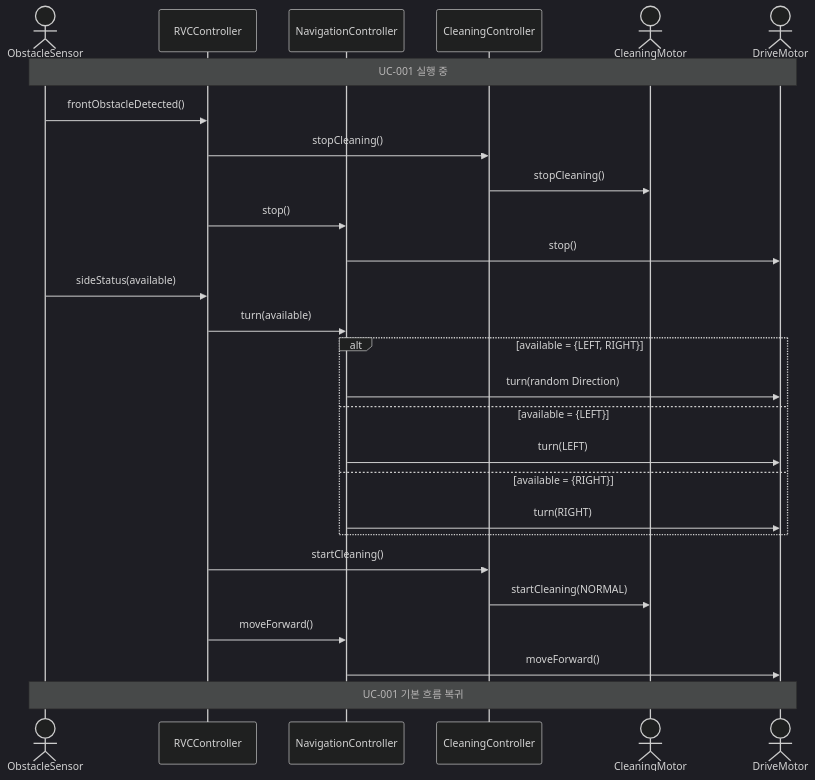
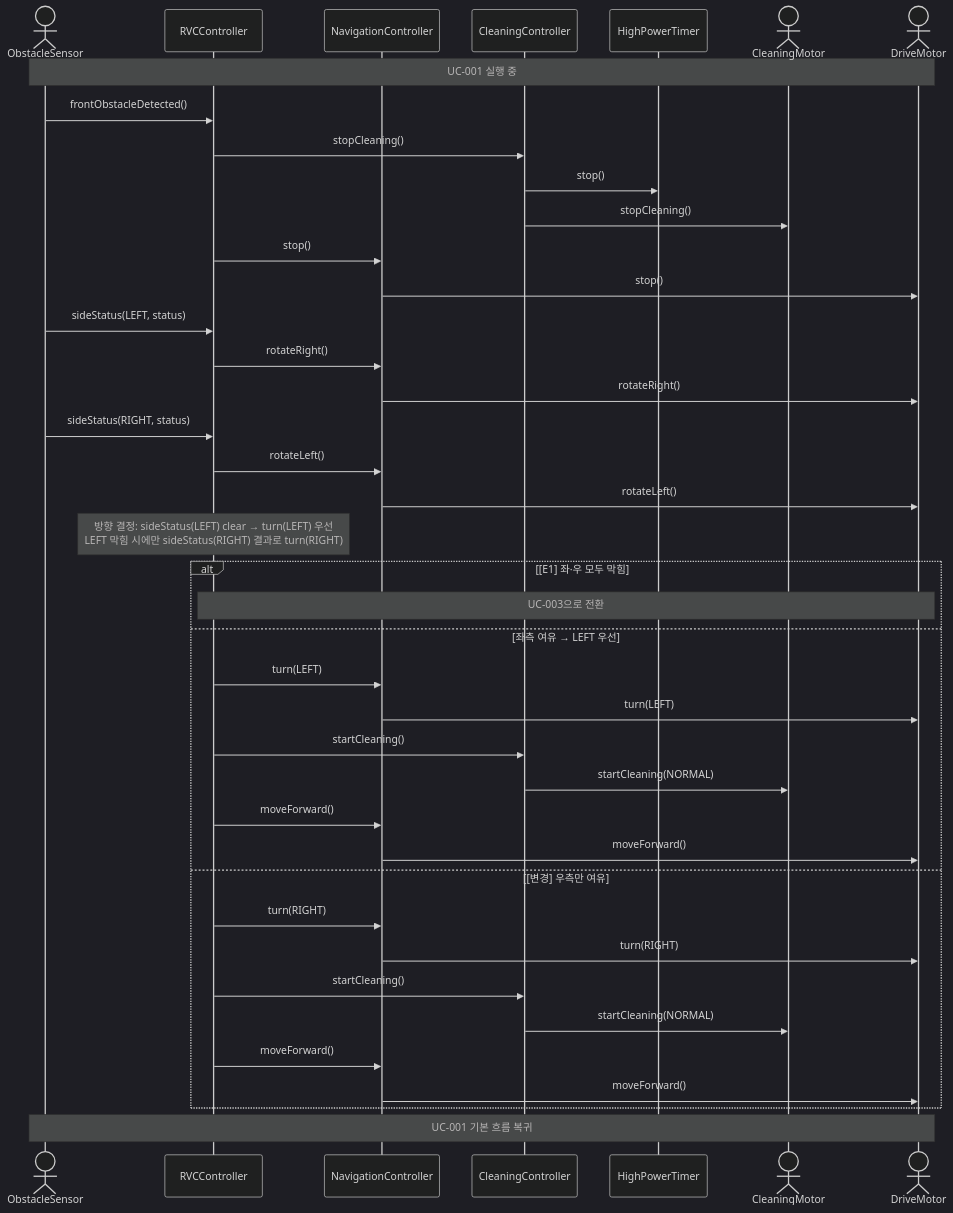
The diagram in arch/design/sd/SD-002.md (Jae-ah/RVC-CONTROLLER), drawn with Mermaid (dark theme) before and after one commit. The commit also changed other lines of this file and 32 other files, not shown here.

````diff
--- a/arch/design/sd/SD-002.md
+++ b/arch/design/sd/SD-002.md
@@ -8,35 +8,47 @@
 ```mermaid
 sequenceDiagram
     actor OS as ObstacleSensor
     participant RVC as RVCController
     participant NAV as NavigationController
     participant CLN as CleaningController
+    participant TMR as HighPowerTimer
     actor CM as CleaningMotor
     actor DM as DriveMotor
-
     Note over OS,DM: UC-001 실행 중
 
     OS->>RVC: frontObstacleDetected()
     RVC->>CLN: stopCleaning()
+    CLN->>TMR: stop()
     CLN->>CM: stopCleaning()
     RVC->>NAV: stop()
     NAV->>DM: stop()
 
-    OS->>RVC: sideStatus(available)
-    RVC->>NAV: turn(available)
+    OS->>RVC: sideStatus(LEFT, status)
+    RVC->>NAV: rotateRight()
+    NAV->>DM: rotateRight()
+    OS->>RVC: sideStatus(RIGHT, status)
+    RVC->>NAV: rotateLeft()
+    NAV->>DM: rotateLeft()
 
-    alt available = {LEFT, RIGHT}
-        NAV->>DM: turn(random Direction)
-    else available = {LEFT}
+    Note over RVC: 방향 결정: sideStatus(LEFT) clear → turn(LEFT) 우선<br/>LEFT 막힘 시에만 sideStatus(RIGHT) 결과로 turn(RIGHT)
+
+    alt [E1] 좌·우 모두 막힘
+        Note over RVC,DM: UC-003으로 전환
+    else 좌측 여유 → LEFT 우선
+        RVC->>NAV: turn(LEFT)
         NAV->>DM: turn(LEFT)
-    else available = {RIGHT}
+        RVC->>CLN: startCleaning()
+        CLN->>CM: startCleaning(NORMAL)
+        RVC->>NAV: moveForward()
+        NAV->>DM: moveForward()
+    else [변경] 우측만 여유
+        RVC->>NAV: turn(RIGHT)
         NAV->>DM: turn(RIGHT)
+        RVC->>CLN: startCleaning()
+        CLN->>CM: startCleaning(NORMAL)
+        RVC->>NAV: moveForward()
+        NAV->>DM: moveForward()
     end
-
-    RVC->>CLN: startCleaning()
-    CLN->>CM: startCleaning(NORMAL)
-    RVC->>NAV: moveForward()
-    NAV->>DM: moveForward()
 
     Note over OS,DM: UC-001 기본 흐름 복귀
 ```
````
